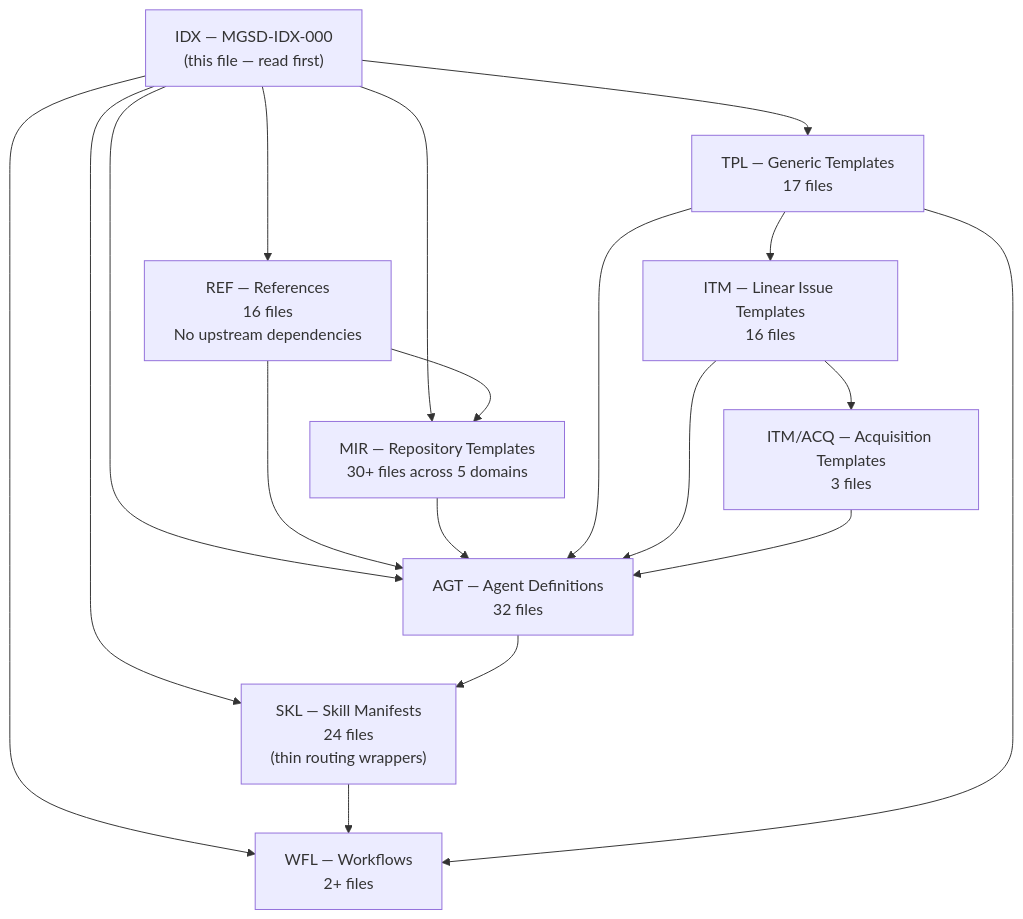
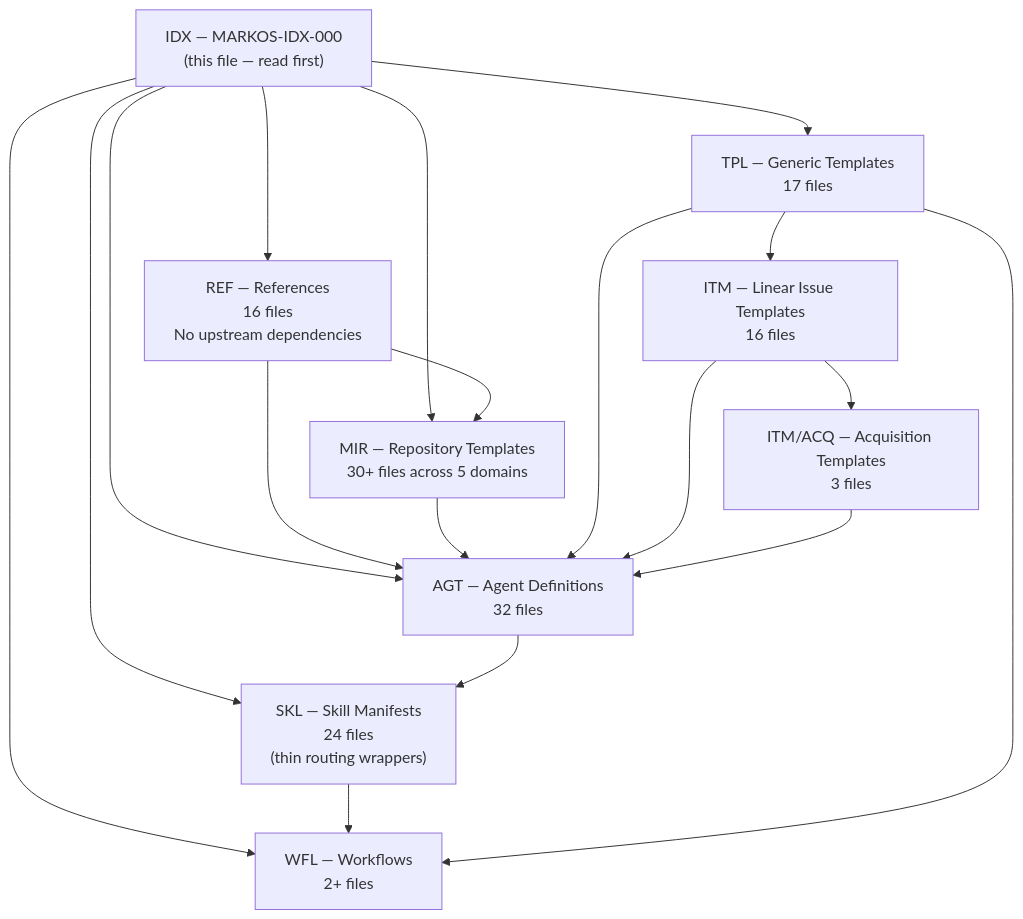
The diagram in .agent/markos/MARKOS-INDEX.md (Esteban-Marketing/MarkOS), drawn with Mermaid before and after one commit. The commit also changed other lines of this file and 698 other files, not shown here.

````diff
--- a/.agent/markos/MARKOS-INDEX.md
+++ b/.agent/markos/MARKOS-INDEX.md
@@ -208,30 +208,30 @@
 ```mermaid
 graph TD
-  IDX["IDX — MGSD-IDX-000\n(this file — read first)"]
+  IDX["IDX — MARKOS-IDX-000\n(this file — read first)"]
   REF["REF — References\n16 files\nNo upstream dependencies"]
   MIR["MIR — Repository Templates\n30+ files across 5 domains"]
   AGT["AGT — Agent Definitions\n32 files"]
   SKL["SKL — Skill Manifests\n24 files\n(thin routing wrappers)"]
   WFL["WFL — Workflows\n2+ files"]
   TPL["TPL — Generic Templates\n17 files"]
   ITM["ITM — Linear Issue Templates\n16 files"]
   ACQ["ITM/ACQ — Acquisition Templates\n3 files"]
 
   IDX --> REF
   IDX --> MIR
   IDX --> AGT
   IDX --> SKL
   IDX --> WFL
   IDX --> TPL
   REF --> MIR
   REF --> AGT
   MIR --> AGT
   AGT --> SKL
   SKL --> WFL
   TPL --> AGT
   TPL --> WFL
   ITM --> AGT
   TPL --> ITM
   ITM --> ACQ
   ACQ --> AGT
 ```
````
